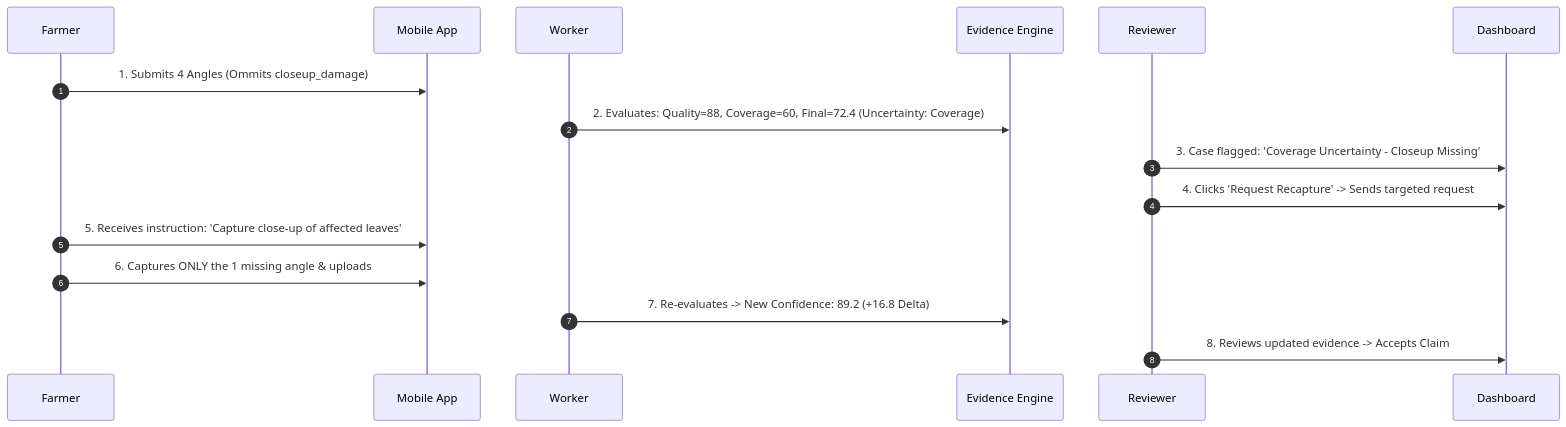
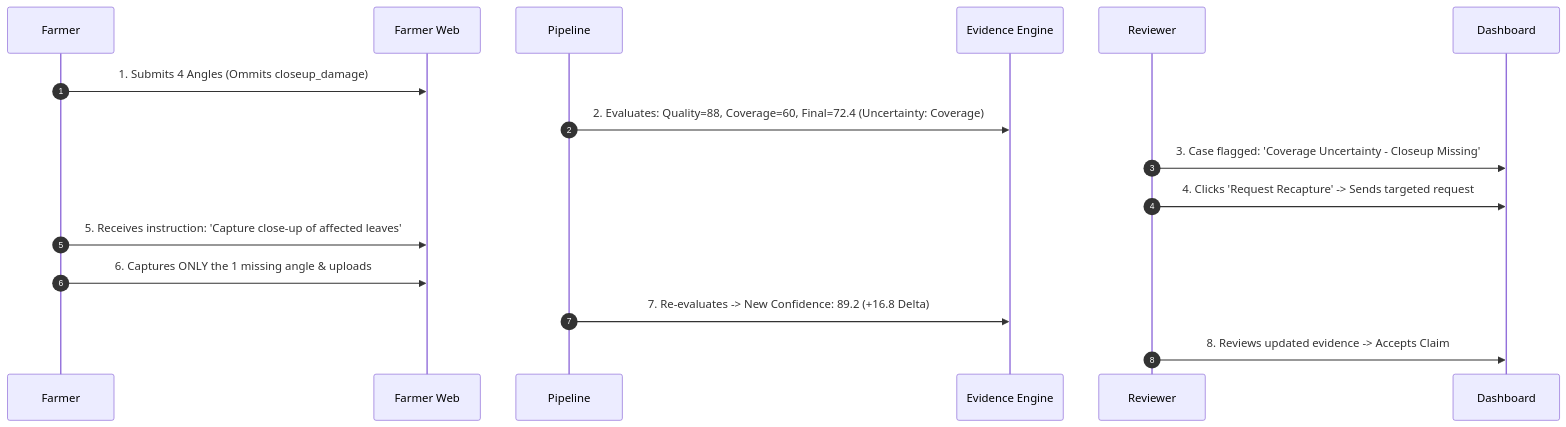
Before and after one commit to dhrrishitvdeka/Fasal-Pramaan: the second of 3 diagrams in docs/demo-walkthrough.md, drawn with Mermaid. The commit also changed other lines of this file and 924 other files, not shown here.

````diff
--- a/docs/demo-walkthrough.md
+++ b/docs/demo-walkthrough.md
@@ -54,12 +57,12 @@
 ```mermaid
 sequenceDiagram
   autonumber
-  Farmer->>Mobile App: 1. Submits 4 Angles (Ommits closeup_damage)
-  Worker->>Evidence Engine: 2. Evaluates: Quality=88, Coverage=60, Final=72.4 (Uncertainty: Coverage)
+  Farmer->>Farmer Web: 1. Submits 4 Angles (Ommits closeup_damage)
+  Pipeline->>Evidence Engine: 2. Evaluates: Quality=88, Coverage=60, Final=72.4 (Uncertainty: Coverage)
   Reviewer->>Dashboard: 3. Case flagged: 'Coverage Uncertainty - Closeup Missing'
   Reviewer->>Dashboard: 4. Clicks 'Request Recapture' -> Sends targeted request
-  Farmer->>Mobile App: 5. Receives instruction: 'Capture close-up of affected leaves'
-  Farmer->>Mobile App: 6. Captures ONLY the 1 missing angle & uploads
-  Worker->>Evidence Engine: 7. Re-evaluates -> New Confidence: 89.2 (+16.8 Delta)
+  Farmer->>Farmer Web: 5. Receives instruction: 'Capture close-up of affected leaves'
+  Farmer->>Farmer Web: 6. Captures ONLY the 1 missing angle & uploads
+  Pipeline->>Evidence Engine: 7. Re-evaluates -> New Confidence: 89.2 (+16.8 Delta)
   Reviewer->>Dashboard: 8. Reviews updated evidence -> Accepts Claim
 ```
````
